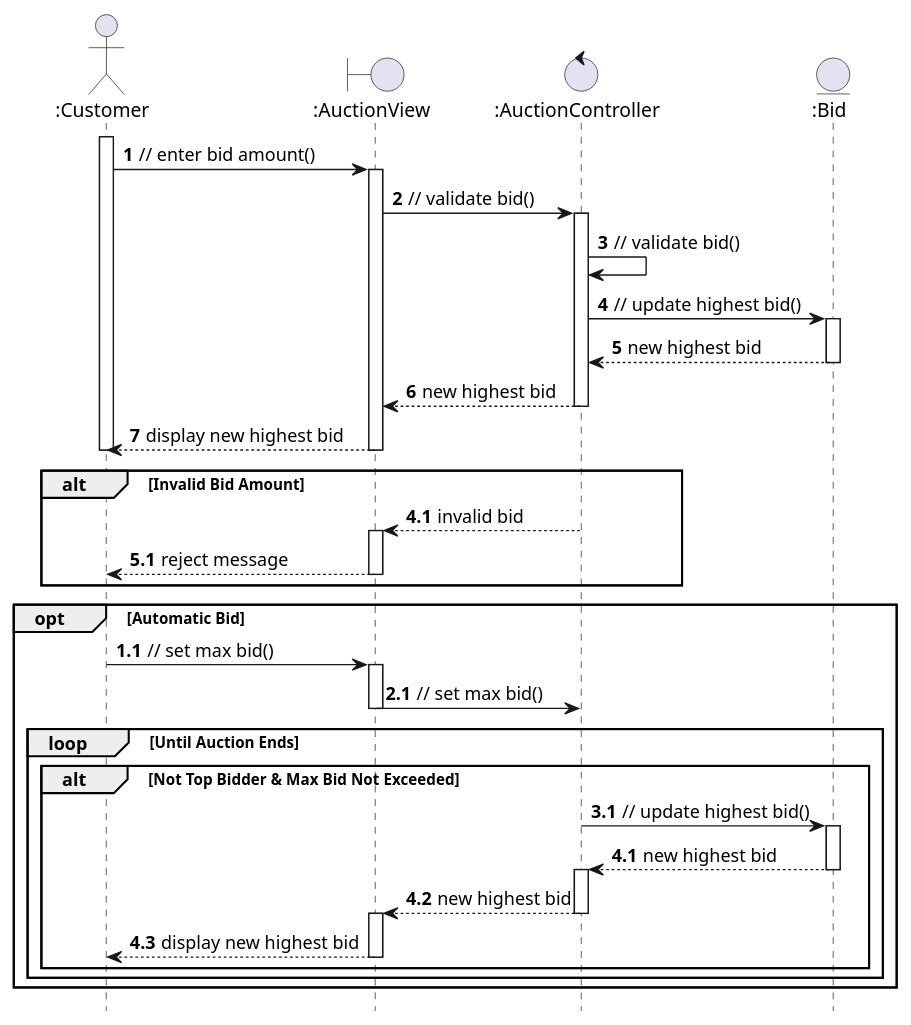
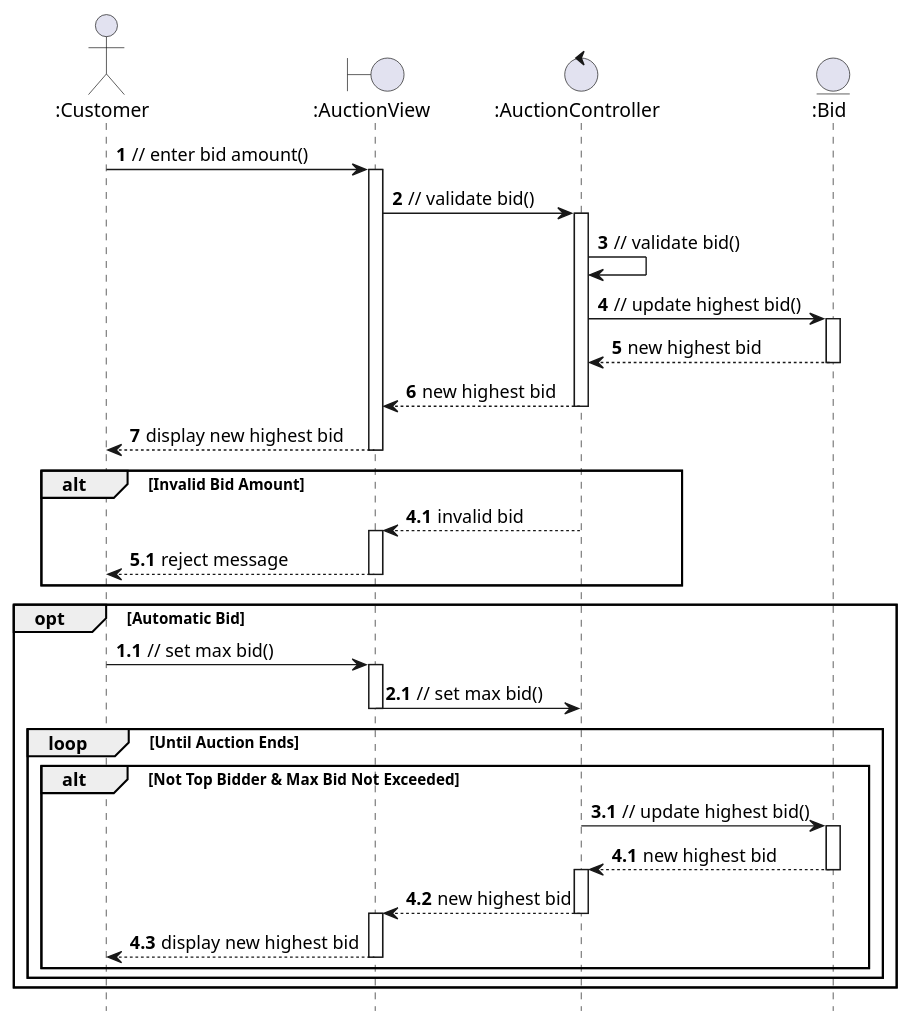
The diagram in uml/analysis/sequence/place_bid.pu (anhbanlinhle/velocity-exchange), drawn with PlantUML before and after one commit. The commit also changed 5 other files, not shown here.

```diff
--- a/uml/analysis/sequence/place_bid.pu
+++ b/uml/analysis/sequence/place_bid.pu
@@ -1,62 +1,59 @@
 @startuml
 hide footbox
 
 autonumber
 
 actor ":Customer" as Customer
 boundary ":AuctionView" as AuctionView
 control ":AuctionController" as AuctionController
 entity ":Bid" as Bid
 
-activate Customer
   Customer -> AuctionView : // enter bid amount()
   activate AuctionView
     AuctionView -> AuctionController : // validate bid()
     activate AuctionController
       AuctionController -> AuctionController : // validate bid()
       AuctionController -> Bid : // update highest bid()
       activate Bid
         Bid --> AuctionController : new highest bid
       deactivate Bid
       AuctionController --> AuctionView : new highest bid
     deactivate AuctionController
     AuctionView --> Customer : display new highest bid
   deactivate AuctionView
-deactivate Customer
 
 alt Invalid Bid Amount
   autonumber 4.1
   AuctionController --> AuctionView : invalid bid
   autonumber inc A
   activate AuctionView
     AuctionView --> Customer : reject message
   deactivate AuctionView
 end
 
 opt Automatic Bid
   autonumber 1.1
-  activate Customer
     Customer -> AuctionView : // set max bid()
     autonumber inc A
     activate AuctionView
       AuctionView -> AuctionController : // set max bid()
       autonumber inc A
     deactivate AuctionView
     loop Until Auction Ends
       alt Not Top Bidder & Max Bid Not Exceeded
         AuctionController -> Bid : // update highest bid()
         autonumber inc A
         activate Bid
           Bid --> AuctionController : new highest bid
         deactivate Bid
         activate AuctionController
           AuctionController --> AuctionView : new highest bid
         deactivate AuctionController
         activate AuctionView
           AuctionView --> Customer : display new highest bid
         deactivate AuctionView
       end
     end
 end
 
 @enduml
```
